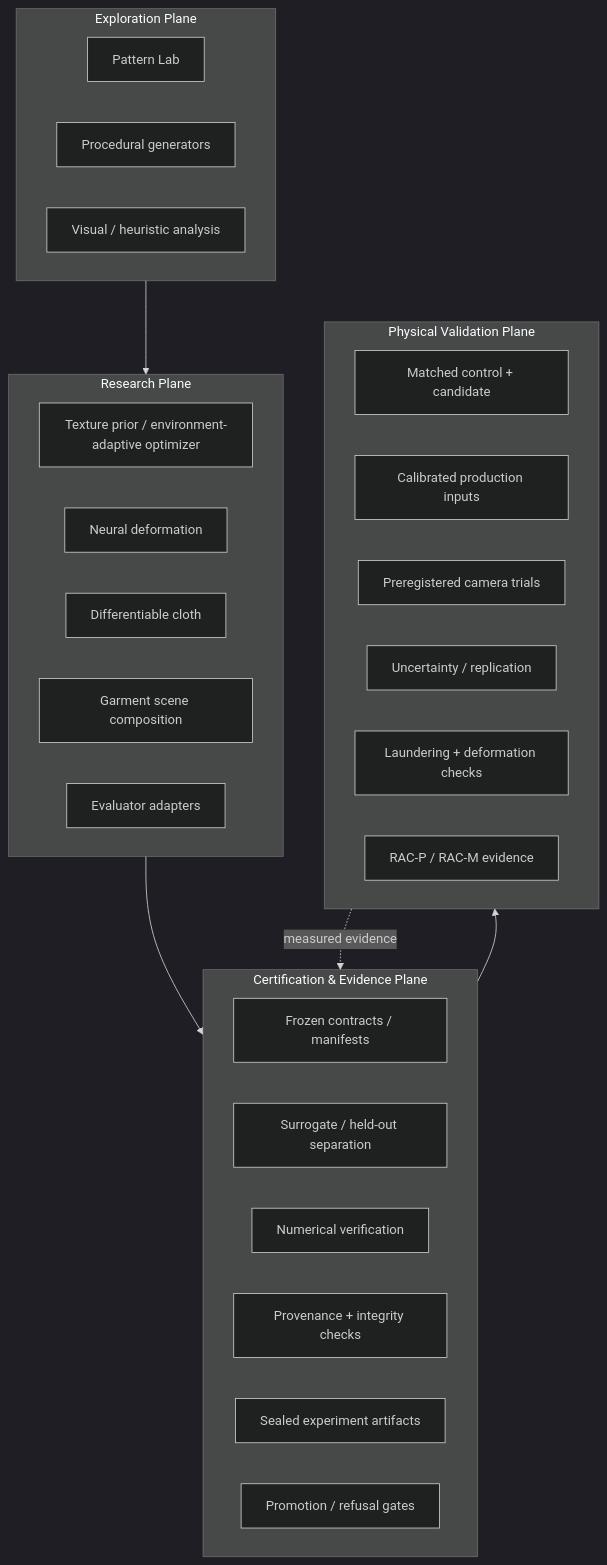
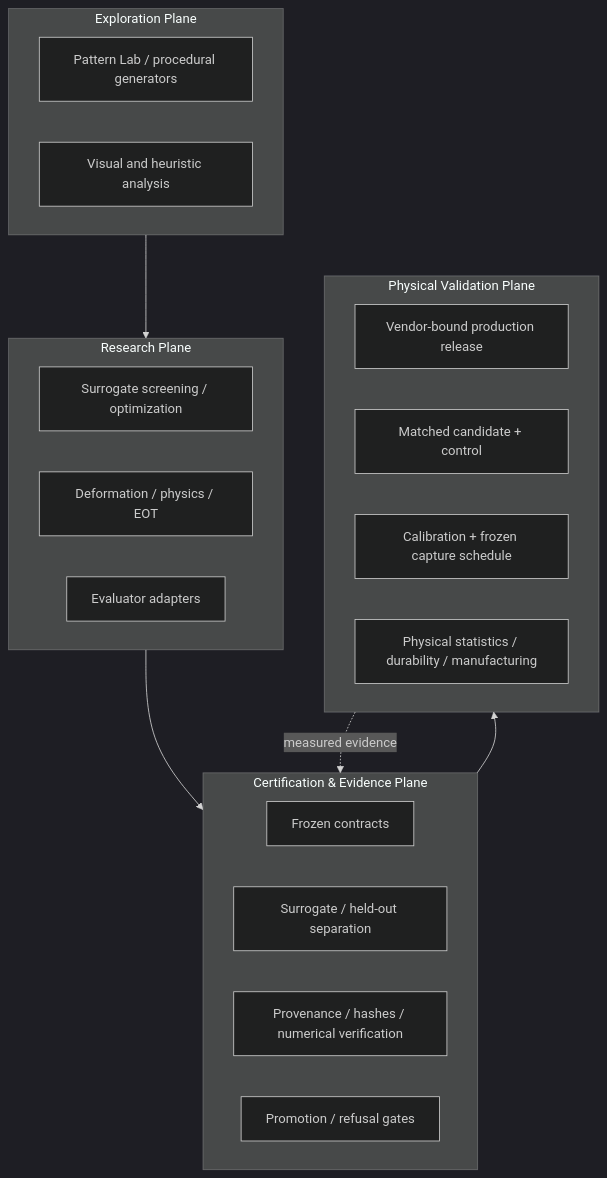
The second of 2 diagrams in README.md (ninja-ops-guy/adversarial-clothing-pipeline), drawn with Mermaid (dark theme) before and after one commit. The commit also changed other lines of this file, not shown here.

Commit message:
docs: refresh README to current RAC and P1 state

````diff
--- a/README.md
+++ b/README.md
@@ -30,39 +50,30 @@
 ```mermaid
 flowchart TB
-    subgraph X[Exploration Plane]
-        X1[Pattern Lab]
-        X2[Procedural generators]
-        X3[Visual / heuristic analysis]
+    subgraph E[Exploration Plane]
+      E1[Pattern Lab / procedural generators]
+      E2[Visual and heuristic analysis]
     end
 
     subgraph R[Research Plane]
-        R1[Texture prior / environment-adaptive optimizer]
-        R2[Neural deformation]
-        R3[Differentiable cloth]
-        R4[Garment scene composition]
-        R5[Evaluator adapters]
+      R1[Surrogate screening / optimization]
+      R2[Deformation / physics / EOT]
+      R3[Evaluator adapters]
     end
 
     subgraph C[Certification & Evidence Plane]
-        C1[Frozen contracts / manifests]
-        C2[Surrogate / held-out separation]
-        C3[Numerical verification]
-        C4[Provenance + integrity checks]
-        C5[Sealed experiment artifacts]
-        C6[Promotion / refusal gates]
+      C1[Frozen contracts]
+      C2[Surrogate / held-out separation]
+      C3[Provenance / hashes / numerical verification]
+      C4[Promotion / refusal gates]
     end
 
     subgraph P[Physical Validation Plane]
-        P1[Matched control + candidate]
-        P2[Calibrated production inputs]
-        P3[Preregistered camera trials]
-        P4[Uncertainty / replication]
-        P5[Laundering + deformation checks]
-        P6[RAC-P / RAC-M evidence]
+      P1[Vendor-bound production release]
+      P2[Matched candidate + control]
+      P3[Calibration + frozen capture schedule]
+      P4[Physical statistics / durability / manufacturing]
     end
 
-    X --> R
-    R --> C
-    C --> P
+    E --> R --> C --> P
     P -. measured evidence .-> C
 ```
````
